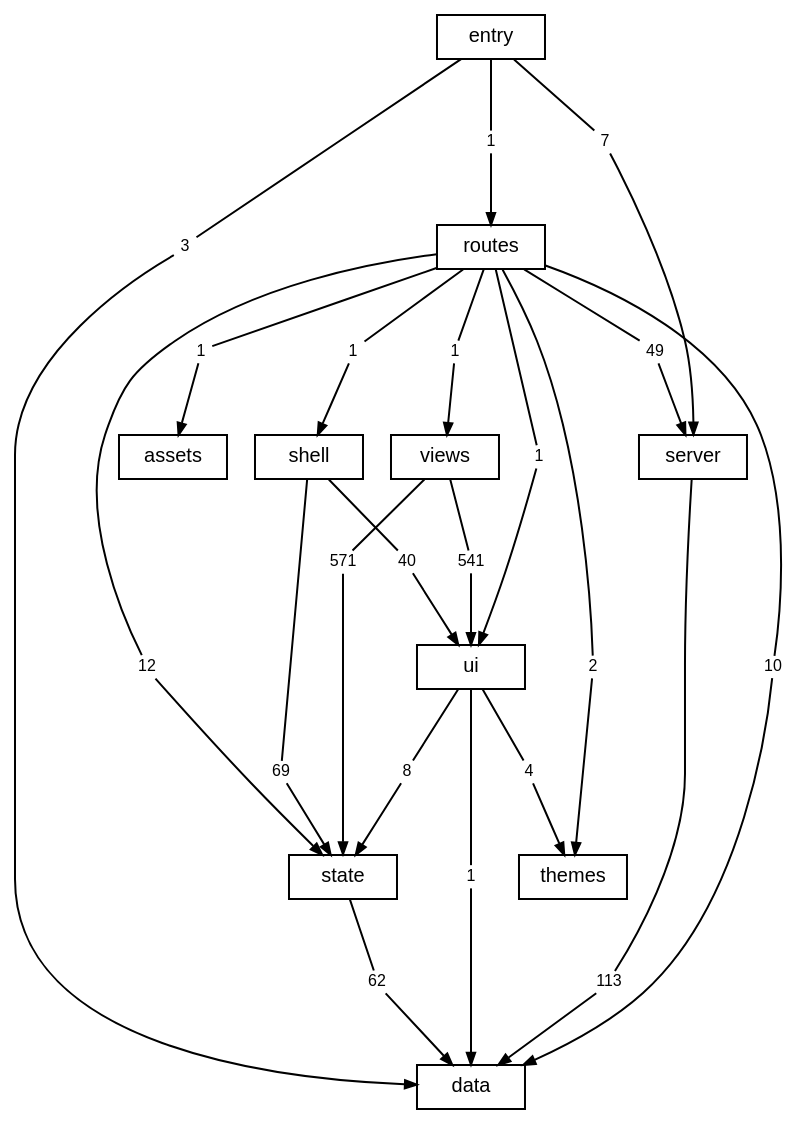
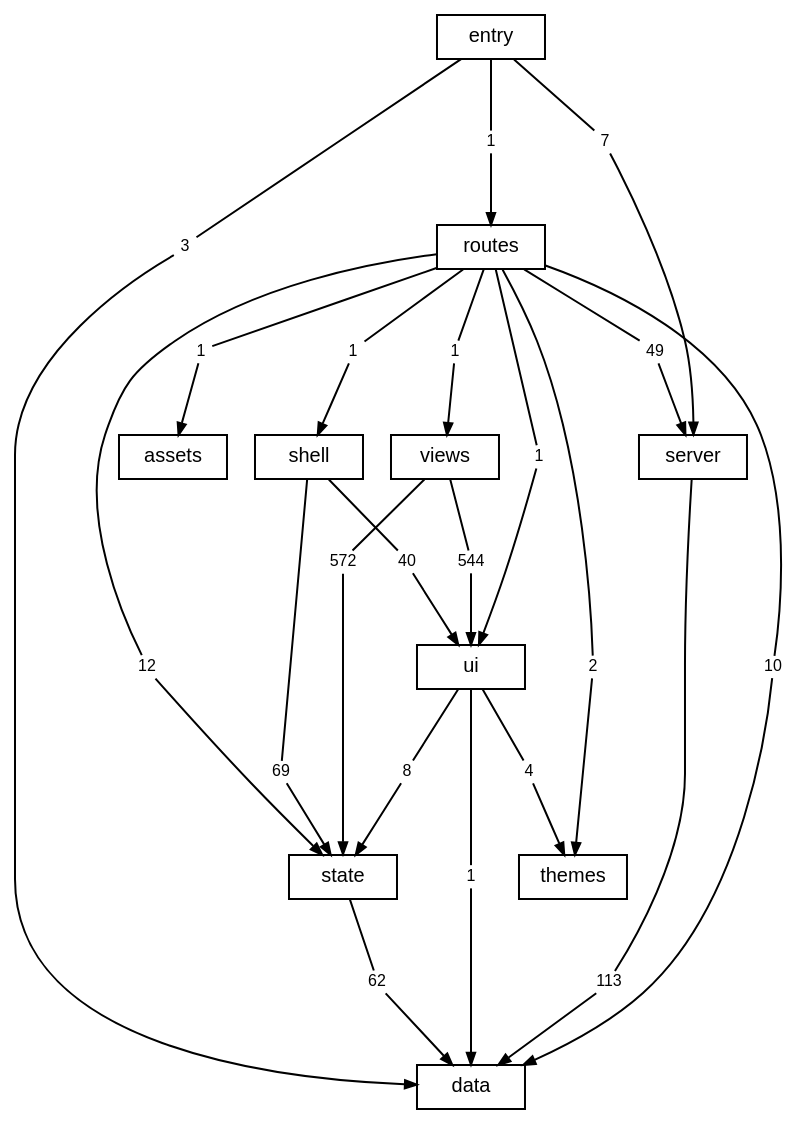
Before and after one commit to TheAxeC/oculus: the diagram in docs/diagrams/layers.dot, drawn with Graphviz. The commit also changed 30 other files, not shown here.

```diff
--- a/docs/diagrams/layers.dot
+++ b/docs/diagrams/layers.dot
@@ -1,75 +1,75 @@
 digraph layers {
     graph [bgcolor="transparent", rankdir=TB, newrank=true, fontname="Helvetica,Arial,sans-serif", fontsize=12, nodesep=0.2, ranksep=0.5];
     node [shape=box, color="black", fontcolor="black", fontname="Helvetica,Arial,sans-serif", fontsize=10, height=0.3, margin="0.12,0.04"];
     edge [color="black", fontcolor="black", fontname="Helvetica,Arial,sans-serif", fontsize=8, arrowsize=0.6];
     "data";
     "server";
     "state";
     "ui";
     "shell";
     "views";
     "themes";
     "routes";
     "src" [label="entry"];
     "files: assets" [label="assets"];
     "routes to data" [label="10", shape=box, color="transparent", fontsize=8, width=0, height=0, margin="0.04,0.02"];
     "routes" -> "routes to data" [arrowhead=none];
     "routes to data" -> "data" [];
     "routes to files: assets" [label="1", shape=box, color="transparent", fontsize=8, width=0, height=0, margin="0.04,0.02"];
     "routes" -> "routes to files: assets" [arrowhead=none];
     "routes to files: assets" -> "files: assets" [];
     "routes to server" [label="49", shape=box, color="transparent", fontsize=8, width=0, height=0, margin="0.04,0.02"];
     "routes" -> "routes to server" [arrowhead=none];
     "routes to server" -> "server" [];
     "routes to shell" [label="1", shape=box, color="transparent", fontsize=8, width=0, height=0, margin="0.04,0.02"];
     "routes" -> "routes to shell" [arrowhead=none];
     "routes to shell" -> "shell" [];
     "routes to state" [label="12", shape=box, color="transparent", fontsize=8, width=0, height=0, margin="0.04,0.02"];
     "routes" -> "routes to state" [arrowhead=none];
     "routes to state" -> "state" [];
     "routes to themes" [label="2", shape=box, color="transparent", fontsize=8, width=0, height=0, margin="0.04,0.02"];
     "routes" -> "routes to themes" [arrowhead=none];
     "routes to themes" -> "themes" [];
     "routes to ui" [label="1", shape=box, color="transparent", fontsize=8, width=0, height=0, margin="0.04,0.02"];
     "routes" -> "routes to ui" [arrowhead=none];
     "routes to ui" -> "ui" [];
     "routes to views" [label="1", shape=box, color="transparent", fontsize=8, width=0, height=0, margin="0.04,0.02"];
     "routes" -> "routes to views" [arrowhead=none];
     "routes to views" -> "views" [];
     "server to data" [label="113", shape=box, color="transparent", fontsize=8, width=0, height=0, margin="0.04,0.02"];
     "server" -> "server to data" [arrowhead=none];
     "server to data" -> "data" [];
     "shell to state" [label="69", shape=box, color="transparent", fontsize=8, width=0, height=0, margin="0.04,0.02"];
     "shell" -> "shell to state" [arrowhead=none];
     "shell to state" -> "state" [];
     "shell to ui" [label="40", shape=box, color="transparent", fontsize=8, width=0, height=0, margin="0.04,0.02"];
     "shell" -> "shell to ui" [arrowhead=none];
     "shell to ui" -> "ui" [];
     "src to data" [label="3", shape=box, color="transparent", fontsize=8, width=0, height=0, margin="0.04,0.02"];
     "src" -> "src to data" [arrowhead=none];
     "src to data" -> "data" [];
     "src to routes" [label="1", shape=box, color="transparent", fontsize=8, width=0, height=0, margin="0.04,0.02"];
     "src" -> "src to routes" [arrowhead=none];
     "src to routes" -> "routes" [];
     "src to server" [label="7", shape=box, color="transparent", fontsize=8, width=0, height=0, margin="0.04,0.02"];
     "src" -> "src to server" [arrowhead=none];
     "src to server" -> "server" [];
     "state to data" [label="62", shape=box, color="transparent", fontsize=8, width=0, height=0, margin="0.04,0.02"];
     "state" -> "state to data" [arrowhead=none];
     "state to data" -> "data" [];
     "ui to data" [label="1", shape=box, color="transparent", fontsize=8, width=0, height=0, margin="0.04,0.02"];
     "ui" -> "ui to data" [arrowhead=none];
     "ui to data" -> "data" [];
     "ui to state" [label="8", shape=box, color="transparent", fontsize=8, width=0, height=0, margin="0.04,0.02"];
     "ui" -> "ui to state" [arrowhead=none];
     "ui to state" -> "state" [];
     "ui to themes" [label="4", shape=box, color="transparent", fontsize=8, width=0, height=0, margin="0.04,0.02"];
     "ui" -> "ui to themes" [arrowhead=none];
     "ui to themes" -> "themes" [];
-    "views to state" [label="571", shape=box, color="transparent", fontsize=8, width=0, height=0, margin="0.04,0.02"];
+    "views to state" [label="572", shape=box, color="transparent", fontsize=8, width=0, height=0, margin="0.04,0.02"];
     "views" -> "views to state" [arrowhead=none];
     "views to state" -> "state" [];
-    "views to ui" [label="541", shape=box, color="transparent", fontsize=8, width=0, height=0, margin="0.04,0.02"];
+    "views to ui" [label="544", shape=box, color="transparent", fontsize=8, width=0, height=0, margin="0.04,0.02"];
     "views" -> "views to ui" [arrowhead=none];
     "views to ui" -> "ui" [];
 }
```
